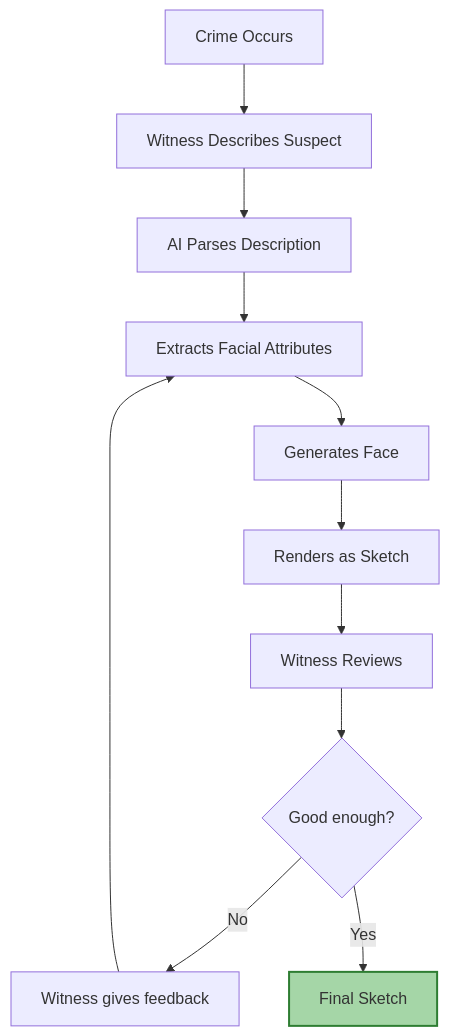
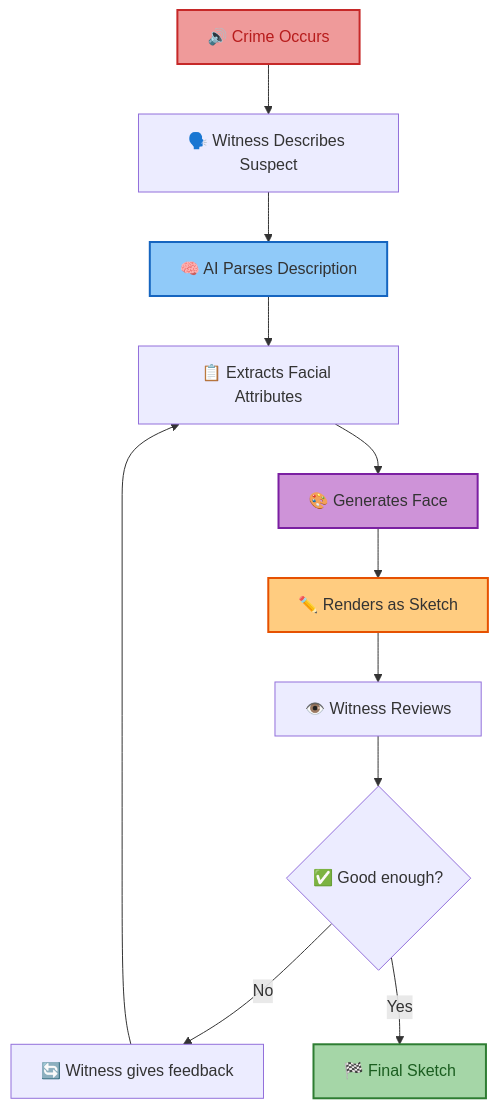
One commit to Tusharkanta407/forensic-sketch-research changed the first of 3 diagrams in README.md. Above: the diagram before and after it, drawn with Mermaid. The commit also changed other lines of this file and 2 other files, not shown here.

````diff
--- a/README.md
+++ b/README.md
@@ -39,15 +47,19 @@
 ```mermaid
 graph TD
-    A[Crime Occurs] --> B[Witness Describes Suspect]
-    B --> C[AI Parses Description]
-    C --> D[Extracts Facial Attributes]
-    D --> E[Generates Face]
-    E --> F[Renders as Sketch]
-    F --> G[Witness Reviews]
-    G --> H{Good enough?}
-    H -- No --> I[Witness gives feedback]
+    A["🔊 Crime Occurs"] --> B["🗣️ Witness Describes Suspect"]
+    B --> C["🧠 AI Parses Description"]
+    C --> D["📋 Extracts Facial Attributes"]
+    D --> E["🎨 Generates Face"]
+    E --> F["✏️ Renders as Sketch"]
+    F --> G["👁️ Witness Reviews"]
+    G --> H{"✅ Good enough?"}
+    H -- No --> I["🔄 Witness gives feedback"]
     I --> D
-    H -- Yes --> J[Final Sketch]
+    H -- Yes --> J["🏁 Final Sketch"]
 
-    style J fill:#a5d6a7,stroke:#2e7d32,stroke-width:2px
+    style J fill:#a5d6a7,stroke:#2e7d32,stroke-width:2px,color:#1b5e20
+    style A fill:#ef9a9a,stroke:#c62828,stroke-width:2px,color:#b71c1c
+    style C fill:#90caf9,stroke:#1565c0,stroke-width:2px
+    style E fill:#ce93d8,stroke:#7b1fa2,stroke-width:2px
+    style F fill:#ffcc80,stroke:#e65100,stroke-width:2px
 ```
````
